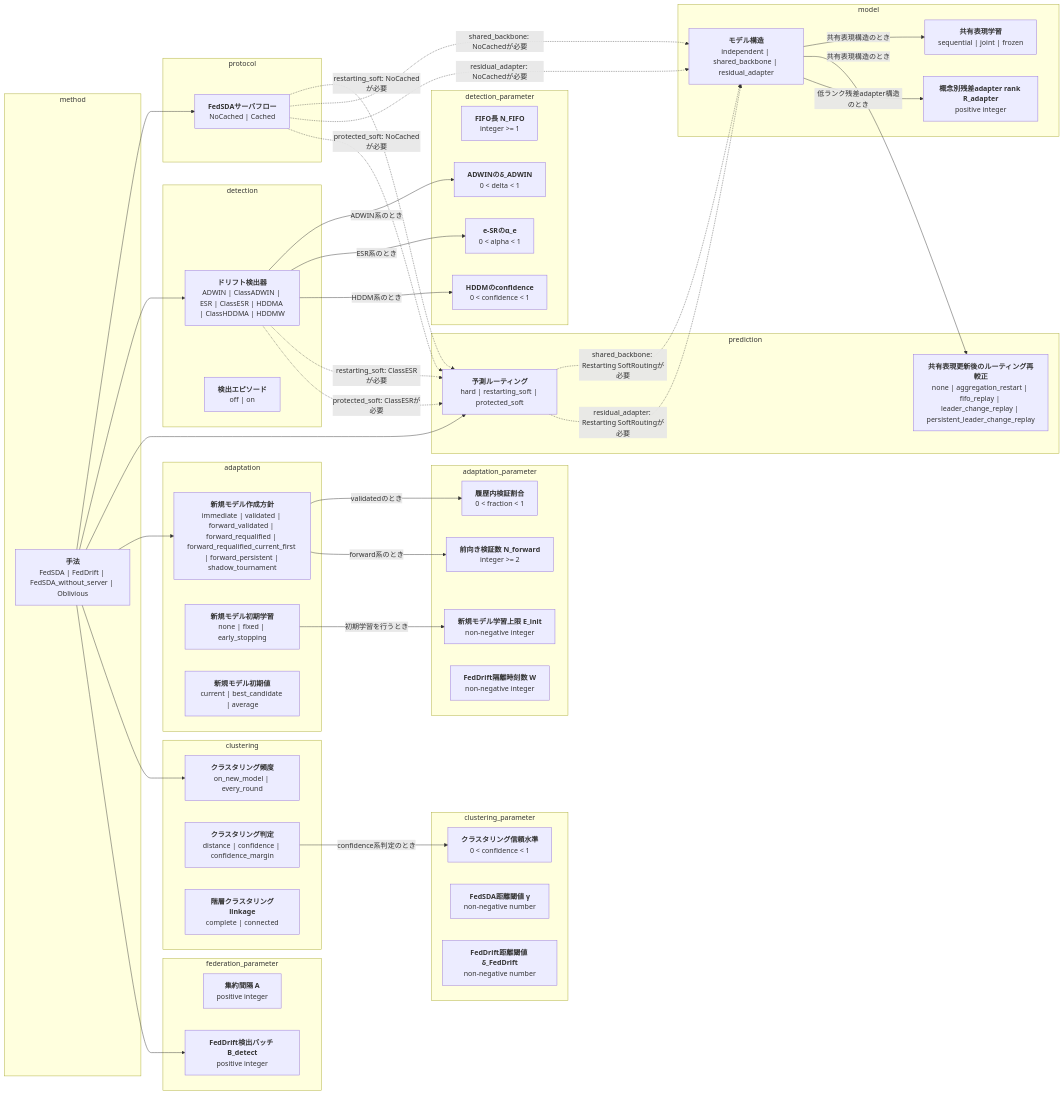
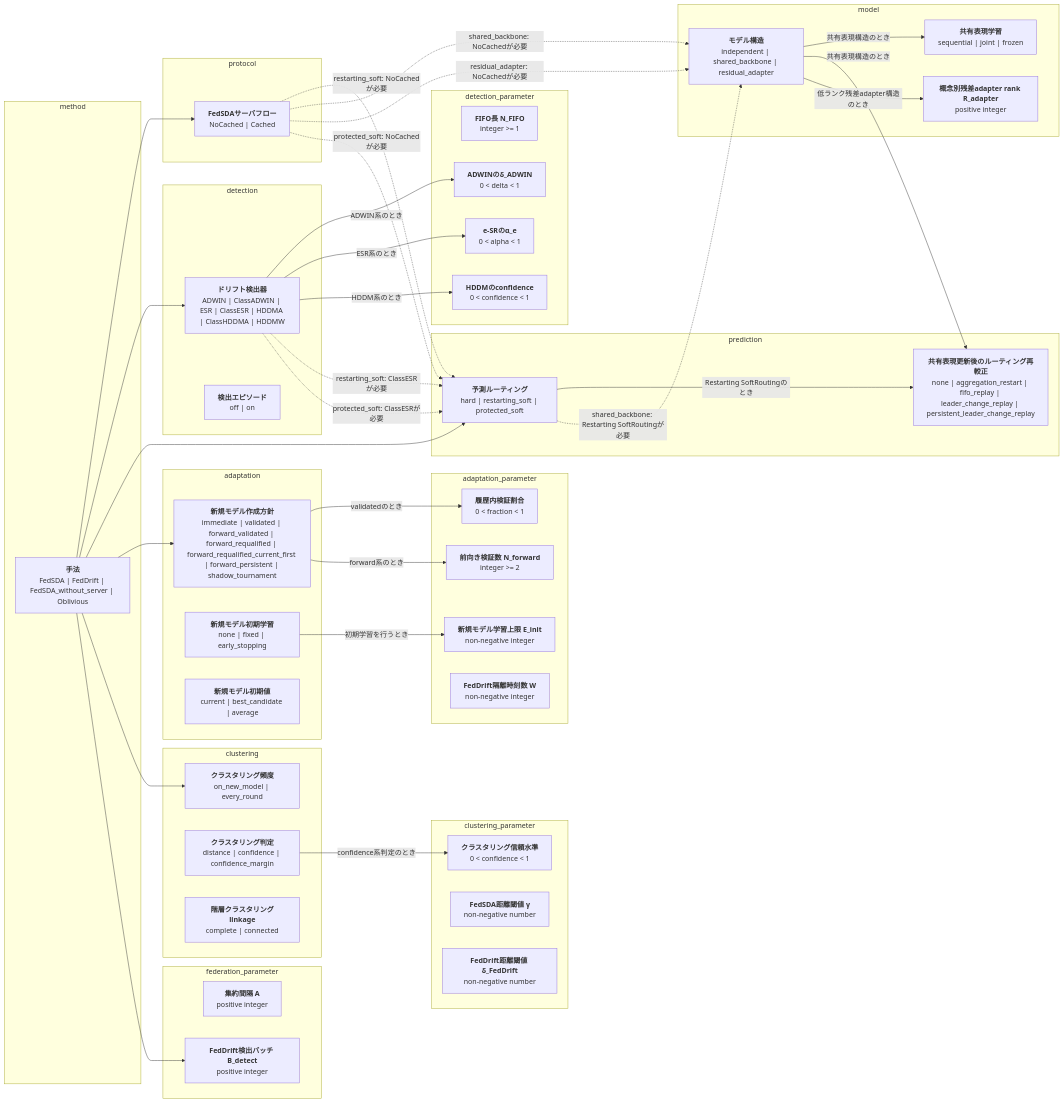
One commit to shimmen3141/FedSDA-experiment changed the first of 2 diagrams in docs/options.md. Above: the diagram before and after it, drawn with Mermaid. The commit also changed other lines of this file and 10 other files, not shown here.

Commit message:
Add hard-routing residual adapter ablation

````diff
--- a/docs/options.md
+++ b/docs/options.md
@@ -18,77 +18,77 @@
 ```mermaid
 flowchart LR
   subgraph group_method[method]
     method["<b>手法</b><br/>FedSDA | FedDrift | FedSDA_without_server | Oblivious"]
   end
   subgraph group_protocol[protocol]
     server_flow["<b>FedSDAサーバフロー</b><br/>NoCached | Cached"]
   end
   subgraph group_detection[detection]
     detector["<b>ドリフト検出器</b><br/>ADWIN | ClassADWIN | ESR | ClassESR | HDDMA | ClassHDDMA | HDDMW"]
     detection_episodes["<b>検出エピソード</b><br/>off | on"]
   end
   subgraph group_prediction[prediction]
     routing["<b>予測ルーティング</b><br/>hard | restarting_soft | protected_soft"]
     shared_backbone_routing_recalibration["<b>共有表現更新後のルーティング再較正</b><br/>none | aggregation_restart | fifo_replay | leader_change_replay | persistent_leader_change_replay"]
   end
   subgraph group_model[model]
     model_architecture["<b>モデル構造</b><br/>independent | shared_backbone | residual_adapter"]
     shared_backbone_training["<b>共有表現学習</b><br/>sequential | joint | frozen"]
     shared_adapter_rank["<b>概念別残差adapter rank R_adapter</b><br/>positive integer"]
   end
   subgraph group_adaptation[adaptation]
     new_model_creation_policy["<b>新規モデル作成方針</b><br/>immediate | validated | forward_validated | forward_requalified | forward_requalified_current_first | forward_persistent | shadow_tournament"]
     new_model_training["<b>新規モデル初期学習</b><br/>none | fixed | early_stopping"]
     new_model_initialization["<b>新規モデル初期値</b><br/>current | best_candidate | average"]
   end
   subgraph group_adaptation_parameter[adaptation_parameter]
     new_model_epochs["<b>新規モデル学習上限 E_init</b><br/>non-negative integer"]
     new_model_validation_fraction["<b>履歴内検証割合</b><br/>0 < fraction < 1"]
     new_model_forward_validation_samples["<b>前向き検証数 N_forward</b><br/>integer >= 2"]
     feddrift_isolation_timesteps["<b>FedDrift隔離時刻数 W</b><br/>non-negative integer"]
   end
   subgraph group_detection_parameter[detection_parameter]
     fifo_size["<b>FIFO長 N_FIFO</b><br/>integer >= 1"]
     adwin_delta["<b>ADWINのδ_ADWIN</b><br/>0 < delta < 1"]
     e_detector_alpha["<b>e-SRのα_e</b><br/>0 < alpha < 1"]
     hddm_drift_confidence["<b>HDDMのconfidence</b><br/>0 < confidence < 1"]
   end
   subgraph group_clustering[clustering]
     clustering_policy["<b>クラスタリング頻度</b><br/>on_new_model | every_round"]
     clustering_decision["<b>クラスタリング判定</b><br/>distance | confidence | confidence_margin"]
     cluster_linkage["<b>階層クラスタリングlinkage</b><br/>complete | connected"]
   end
   subgraph group_clustering_parameter[clustering_parameter]
     clustering_confidence["<b>クラスタリング信頼水準</b><br/>0 < confidence < 1"]
     fedsda_distance_threshold["<b>FedSDA距離閾値 γ</b><br/>non-negative number"]
     feddrift_distance_threshold["<b>FedDrift距離閾値 δ_FedDrift</b><br/>non-negative number"]
   end
   subgraph group_federation_parameter[federation_parameter]
     aggregation_interval["<b>集約間隔 A</b><br/>positive integer"]
     feddrift_detection_batch_size["<b>FedDrift検出バッチ B_detect</b><br/>positive integer"]
   end
   model_architecture -->|"共有表現構造のとき"| shared_backbone_training
   model_architecture -->|"共有表現構造のとき"| shared_backbone_routing_recalibration
+  routing -->|"Restarting SoftRoutingのとき"| shared_backbone_routing_recalibration
   model_architecture -->|"低ランク残差adapter構造のとき"| shared_adapter_rank
   new_model_training -->|"初期学習を行うとき"| new_model_epochs
   new_model_creation_policy -->|"validatedのとき"| new_model_validation_fraction
   new_model_creation_policy -->|"forward系のとき"| new_model_forward_validation_samples
   detector -->|"ADWIN系のとき"| adwin_delta
   detector -->|"ESR系のとき"| e_detector_alpha
   detector -->|"HDDM系のとき"| hddm_drift_confidence
   clustering_decision -->|"confidence系判定のとき"| clustering_confidence
   server_flow -.->|"restarting_soft: NoCachedが必要"| routing
   detector -.->|"restarting_soft: ClassESRが必要"| routing
   server_flow -.->|"shared_backbone: NoCachedが必要"| model_architecture
   routing -.->|"shared_backbone: Restarting SoftRoutingが必要"| model_architecture
   server_flow -.->|"residual_adapter: NoCachedが必要"| model_architecture
-  routing -.->|"residual_adapter: Restarting SoftRoutingが必要"| model_architecture
   server_flow -.->|"protected_soft: NoCachedが必要"| routing
   detector -.->|"protected_soft: ClassESRが必要"| routing
   method --> server_flow
   method --> detector
   method --> routing
   method --> new_model_creation_policy
   method --> clustering_policy
   method --> feddrift_detection_batch_size
 ```
````
